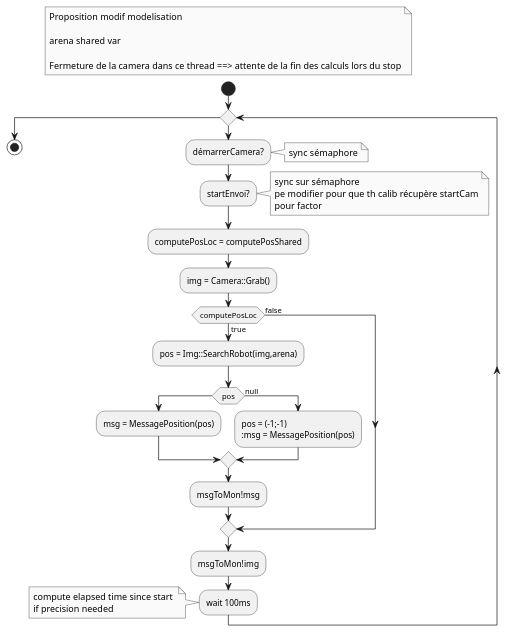
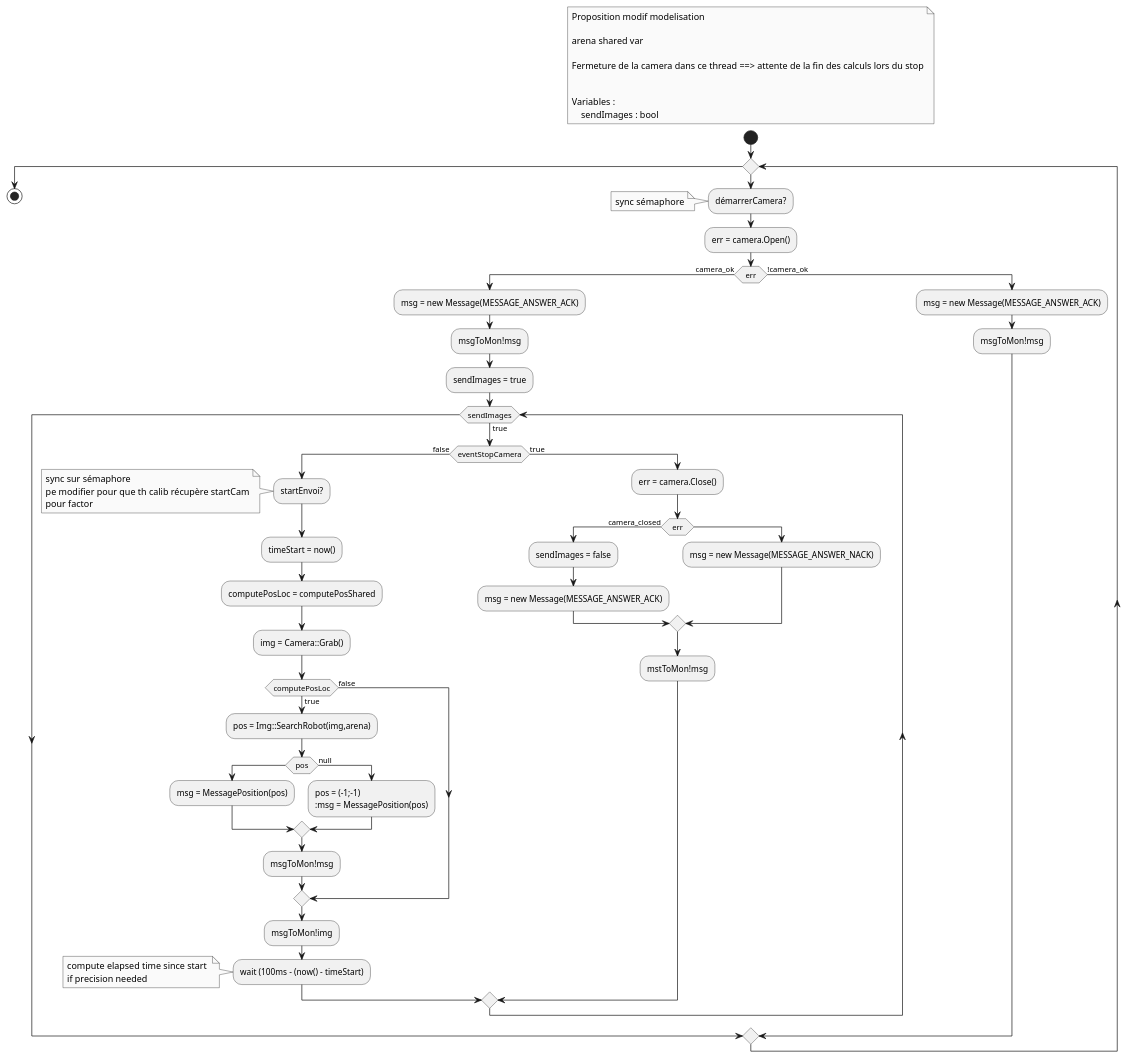
The diagram in diags/th_get_image.puml (Bobillot/BE_Temps_Reel), drawn with PlantUML before and after one commit.

Commit message:
modified th_get_image

```diff
--- a/diags/th_get_image.puml
+++ b/diags/th_get_image.puml
@@ -1,58 +1,91 @@
 @startuml th_get_image_mod
 
 skinparam monochrome true
 
 floating note left  
     Proposition modif modelisation
 
     arena shared var 
 
     Fermeture de la camera dans ce thread ==> attente de la fin des calculs lors du stop
+
+
+    Variables : 
+        sendImages : bool
 end note
 
 start
 
 while ( )
 
     :démarrerCamera?;
-    note right: sync sémaphore
+    note : sync sémaphore
+
+    :err = camera.Open();
+    if(err) then (camera_ok)
     
+    :msg = new Message(MESSAGE_ANSWER_ACK);
+    :msgToMon!msg;
+
+    :sendImages = true;
+
+    while (sendImages) is (true)
+    if(eventStopCamera) then (false)
     :startEnvoi?;
-    note right 
+    note 
         sync sur sémaphore 
         pe modifier pour que th calib récupère startCam
         pour factor
     end note
 
+    :timeStart = now();
+
     :computePosLoc = computePosShared;
-
     
     :img = Camera::Grab();
 
     if (computePosLoc) then (true)
         'partition computePos {
             :pos = Img::SearchRobot(img,arena);
             if (pos) then 
                 :msg = MessagePosition(pos);
             else (null)
                 :pos = (-1;-1)
                 :msg = MessagePosition(pos);
             endif
             :msgToMon!msg;
         '}
     else (false)
 
     endif
 
     :msgToMon!img;   
 
-    :wait 100ms; 
+    :wait (100ms - (now() - timeStart); 
     note
         compute elapsed time since start 
         if precision needed
     end note
+    'event stopCamera reçu
+    else (true)
+        :err = camera.Close();
+        if(err) then (camera_closed)
+            :sendImages = false;
+            :msg = new Message(MESSAGE_ANSWER_ACK);
+        else
+            :msg = new Message(MESSAGE_ANSWER_NACK);
+        endif
+        :mstToMon!msg;
+    endif
+    endwhile
+
+    else (!camera_ok)
+
+    :msg = new Message(MESSAGE_ANSWER_ACK);
+    :msgToMon!msg;
+    endif
 endwhile
 
 stop
 
 @enduml
```
